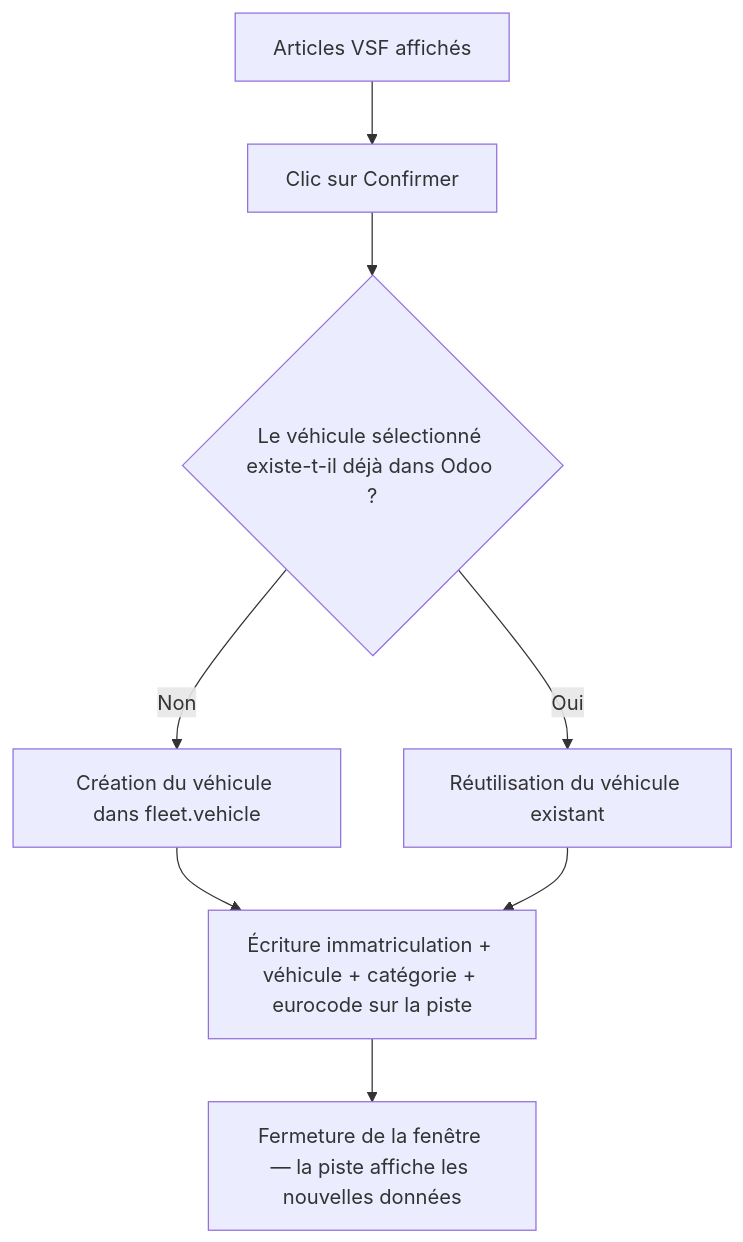
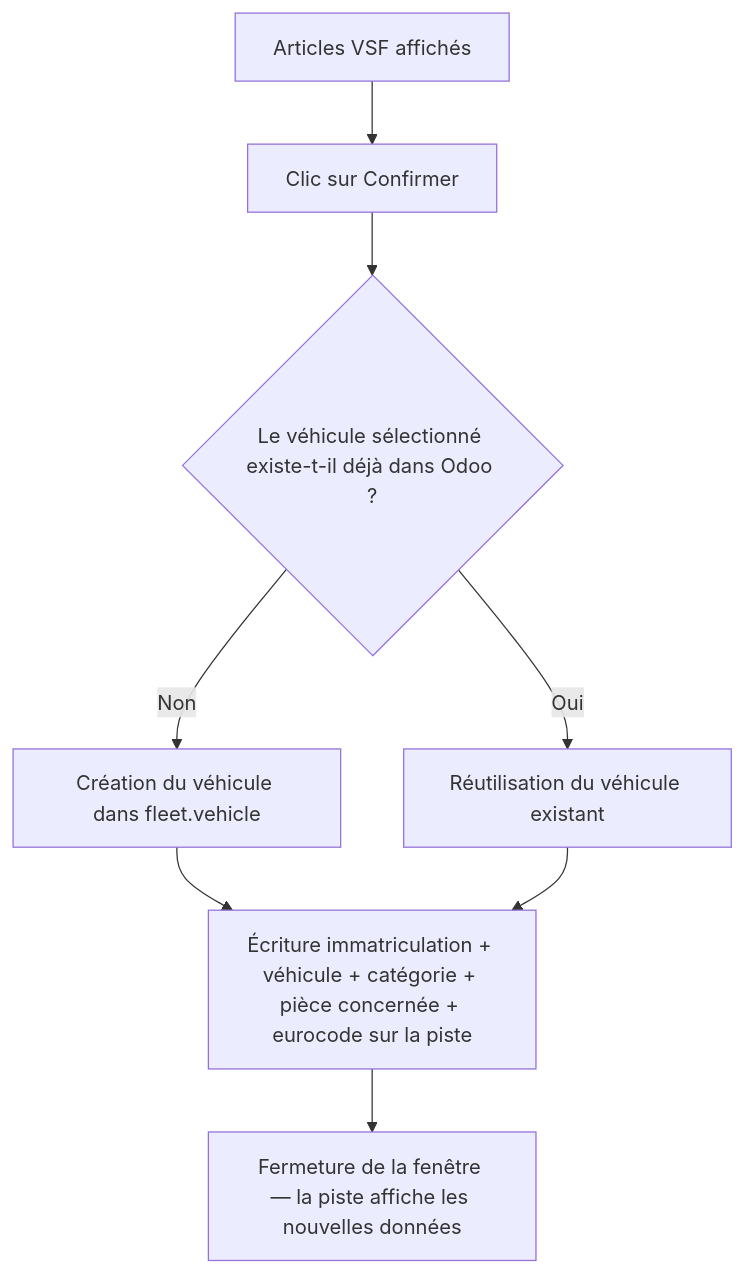
The second of 3 diagrams in rpbm_agent/docs/fonctionnel/parcours-utilisateur.md (rpbmSdk/rpbm), drawn with Mermaid before and after one commit. The commit also changed other lines of this file and 7 other files, not shown here.

````diff
--- a/rpbm_agent/docs/fonctionnel/parcours-utilisateur.md
+++ b/rpbm_agent/docs/fonctionnel/parcours-utilisateur.md
@@ -49,10 +49,10 @@
 ```mermaid
 flowchart TD
     U[Articles VSF affichés] --> V[Clic sur Confirmer]
     V --> W{Le véhicule sélectionné existe-t-il déjà dans Odoo ?}
     W -->|Non| X[Création du véhicule dans fleet.vehicle]
     W -->|Oui| Y[Réutilisation du véhicule existant]
-    X --> Z[Écriture immatriculation + véhicule + catégorie + eurocode sur la piste]
+    X --> Z[Écriture immatriculation + véhicule + catégorie + pièce concernée + eurocode sur la piste]
     Y --> Z
     Z --> AA[Fermeture de la fenêtre — la piste affiche les nouvelles données]
 ```
````
